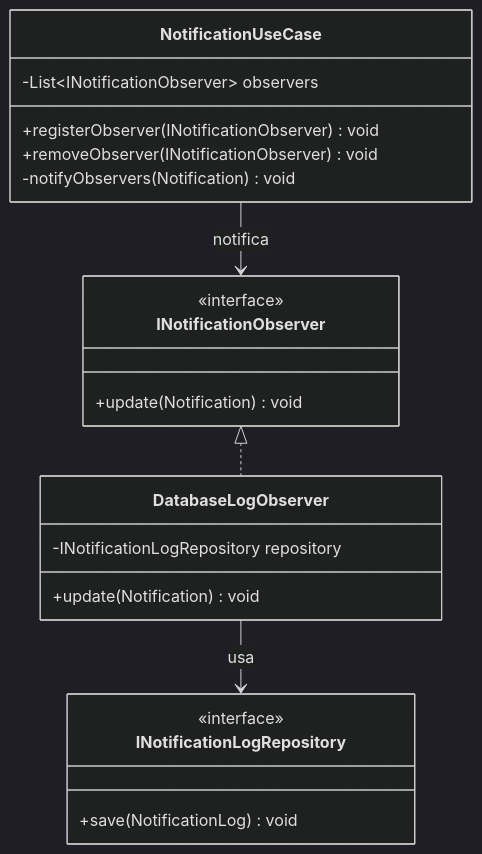
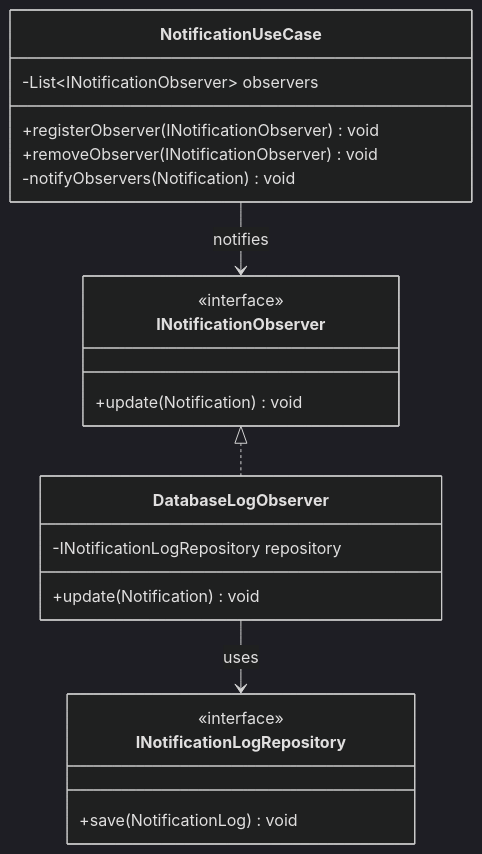
One commit to Jhonatan-Gutemberg/NotifyHub changed the fifth of 7 diagrams in docs/README.md. Above: the diagram before and after it, drawn with Mermaid (dark theme). The commit also changed other lines of this file, not shown here.

````diff
--- a/docs/README.md
+++ b/docs/README.md
@@ -185,28 +185,28 @@
 ```mermaid
 classDiagram
     class INotificationObserver {
         <<interface>>
         +update(Notification) void
     }
     
     class DatabaseLogObserver {
         -INotificationLogRepository repository
         +update(Notification) void
     }
     
     class NotificationUseCase {
         -List~INotificationObserver~ observers
         +registerObserver(INotificationObserver) void
         +removeObserver(INotificationObserver) void
         -notifyObservers(Notification) void
     }
     
     class INotificationLogRepository {
         <<interface>>
         +save(NotificationLog) void
     }
     
     INotificationObserver <|.. DatabaseLogObserver
-    NotificationUseCase --> INotificationObserver : notifica
-    DatabaseLogObserver --> INotificationLogRepository : usa
+    NotificationUseCase --> INotificationObserver : notifies
+    DatabaseLogObserver --> INotificationLogRepository : uses
 ```
````
